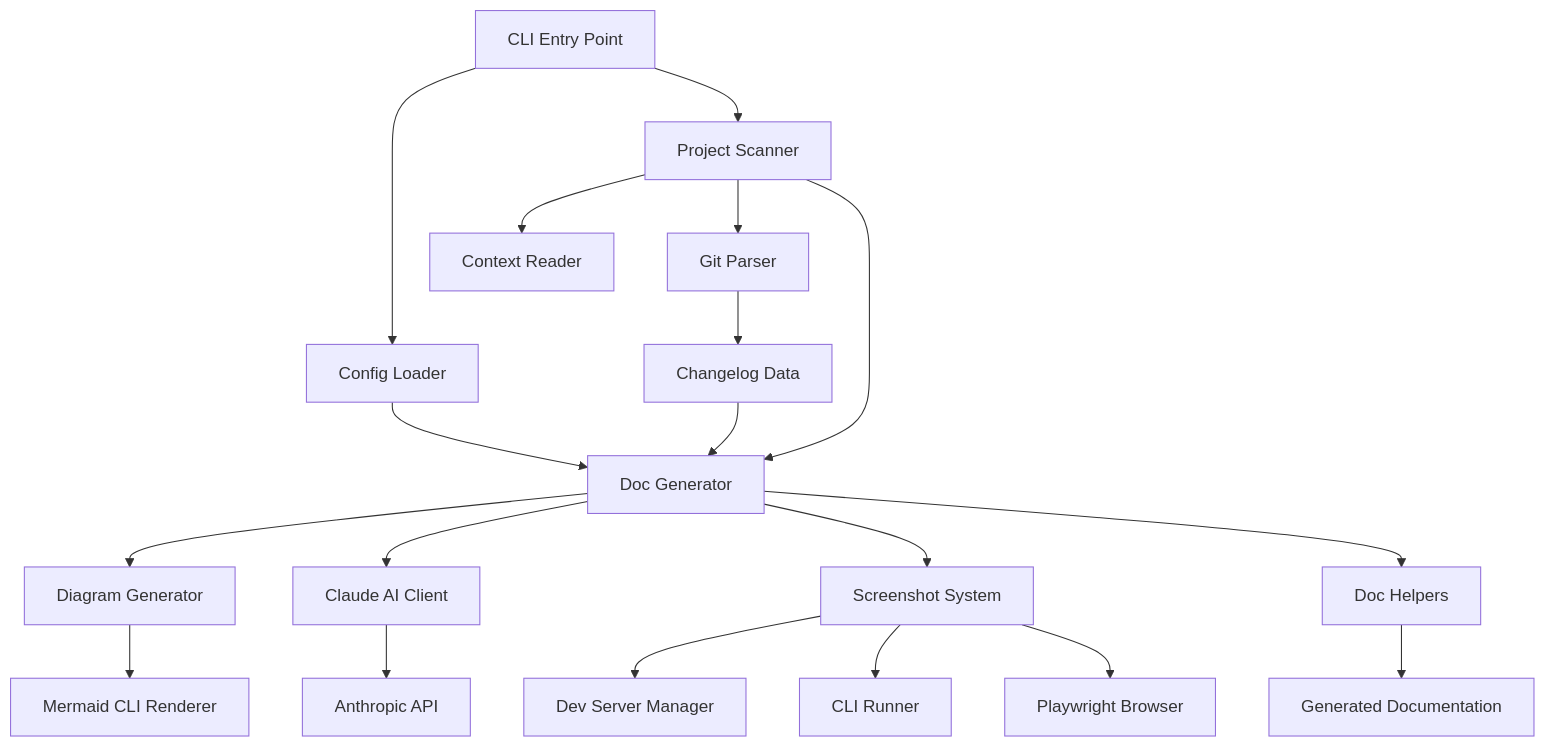
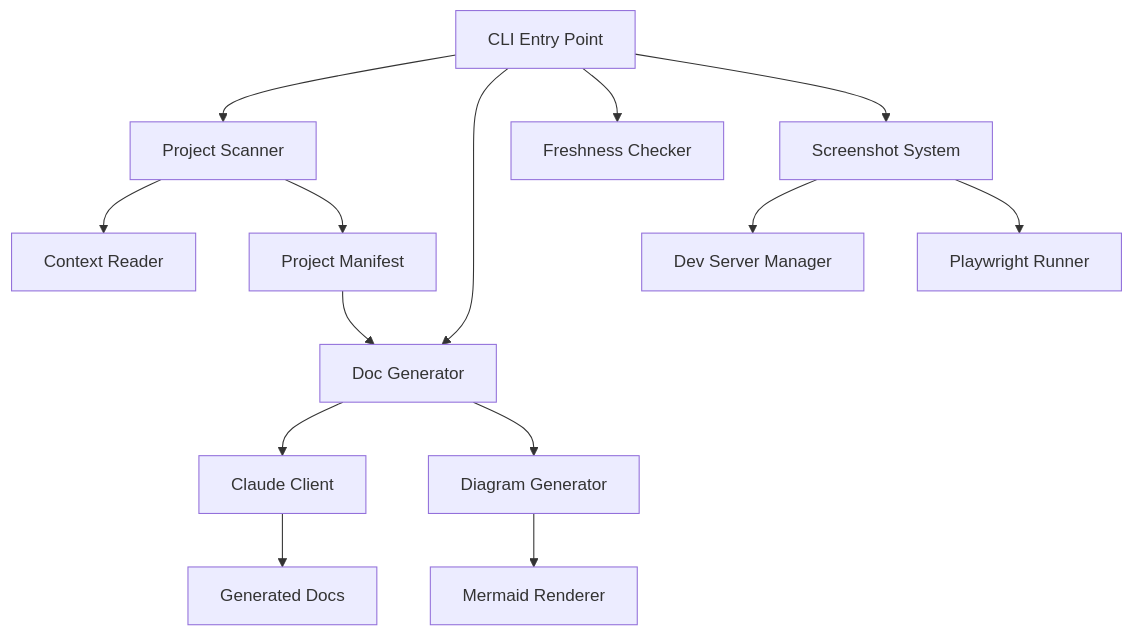
One commit to sbknana/Athena changed the first of 2 diagrams in docs/ARCHITECTURE.md. Above: the diagram before and after it, drawn with Mermaid. The commit also changed other lines of this file and 35 other files, not shown here.

First line of the commit message:
Regenerate docs with user-friendly prompts, add CLI screenshots

````diff
--- a/docs/ARCHITECTURE.md
+++ b/docs/ARCHITECTURE.md
@@ -37,29 +38,20 @@
 ```mermaid
 graph TD
-    CLI[CLI Entry Point] --> Config[Config Loader]
-    CLI --> Scanner[Project Scanner]
+    CLI[CLI Entry Point] --> Scanner[Project Scanner]
+    CLI --> DocGen[Doc Generator]
+    CLI --> Freshness[Freshness Checker]
     
     Scanner --> ContextReader[Context Reader]
-    Scanner --> GitParser[Git Parser]
+    Scanner --> Manifest[Project Manifest]
     
-    Config --> DocGen[Doc Generator]
-    Scanner --> DocGen
+    Manifest --> DocGen
+    DocGen --> Claude[Claude Client]
+    DocGen --> DiagramGen[Diagram Generator]
     
-    DocGen --> DiagramGen[Diagram Generator]
-    DocGen --> ClaudeClient[Claude AI Client]
-    DocGen --> Screenshots[Screenshot System]
+    Claude --> Markdown[Generated Docs]
+    DiagramGen --> Mermaid[Mermaid Renderer]
     
+    CLI --> Screenshots[Screenshot System]
     Screenshots --> DevServer[Dev Server Manager]
-    Screenshots --> CLIRunner[CLI Runner]
-    Screenshots --> Playwright[Playwright Browser]
-    
-    DiagramGen --> MermaidCLI[Mermaid CLI Renderer]
-    
-    ClaudeClient --> AnthropicAPI[Anthropic API]
-    
-    DocGen --> DocHelpers[Doc Helpers]
-    DocHelpers --> Output[Generated Documentation]
-    
-    GitParser --> Changelog[Changelog Data]
-    Changelog --> DocGen
+    Screenshots --> Playwright[Playwright Runner]
 ```
````
